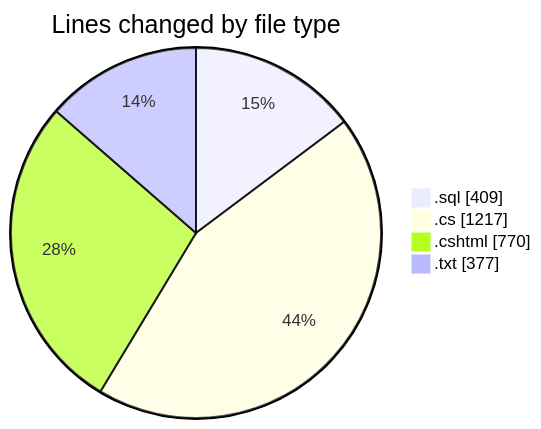
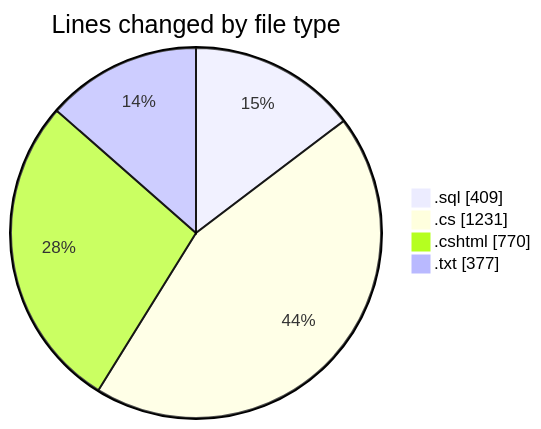
Before and after one commit to lephambinh05/code-tracking: the first of 2 diagrams in 2025-07-23/quanlyrapchieuphim/README.md, drawn with Mermaid. The commit also changed other lines of this file and 1 other file, not shown here.

````diff
--- a/2025-07-23/quanlyrapchieuphim/README.md
+++ b/2025-07-23/quanlyrapchieuphim/README.md
@@ -27,8 +27,8 @@
 ```mermaid
 pie showData
 title Lines changed by file type
 ".sql" : 409
-".cs" : 1217
+".cs" : 1231
 ".cshtml" : 770
 ".txt" : 377
 ```
````
